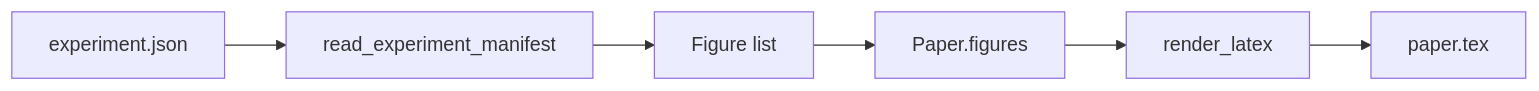
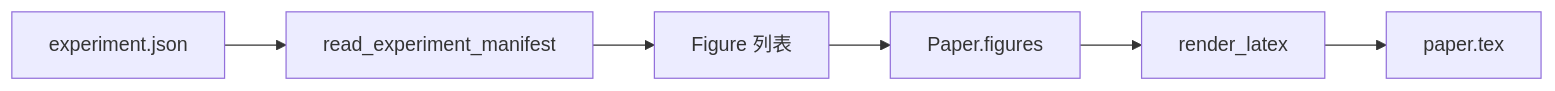
The second of 3 diagrams in phases/19-capstone-projects/54-paper-writer/docs/zh.md (JerryC8080/ai-engineering-from-scratch-zh), drawn with Mermaid before and after one commit. The commit also changed other lines of this file and 156 other files, not shown here.

First line of the commit message:
i18n(zh): translate mermaid diagram labels in 157 lesson zh.md

````diff
--- a/phases/19-capstone-projects/54-paper-writer/docs/zh.md
+++ b/phases/19-capstone-projects/54-paper-writer/docs/zh.md
@@ -56,8 +56,8 @@
 ```mermaid
 flowchart LR
     Exp[experiment.json] --> Reader[read_experiment_manifest]
-    Reader --> Figs[Figure list]
+    Reader --> Figs[Figure 列表]
     Figs --> Paper[Paper.figures]
     Paper --> Render[render_latex]
     Render --> Out[paper.tex]
 ```
````
